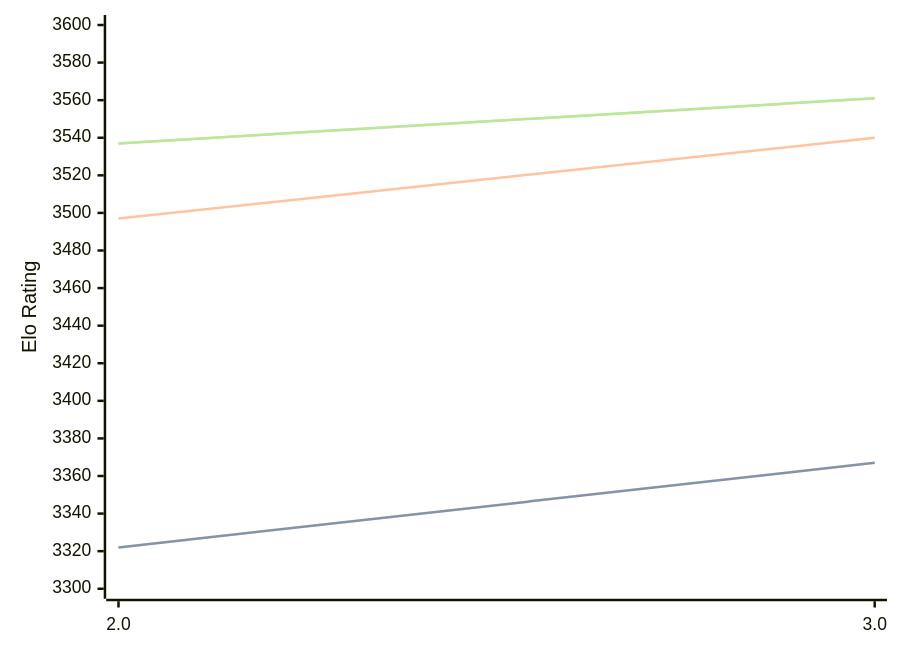
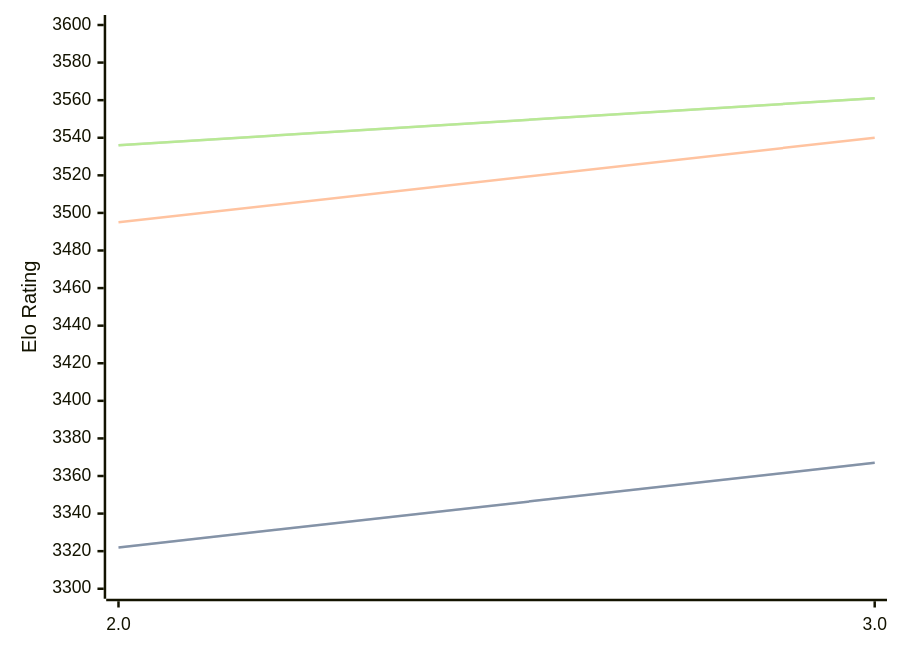
Before and after one commit to computer-chess-index/cci: the diagram in engines/Quanticade.md, drawn with Mermaid. The commit also changed other lines of this file, not shown here.

Commit message:
Update CCI Ratings (ELO VLTC) - 2026-03-30

````diff
--- a/engines/Quanticade.md
+++ b/engines/Quanticade.md
@@ -41,11 +41,11 @@
 ```mermaid
 %%{init: {"theme":"base","themeVariables":{"seriesColors:['#a3a3a3','#222221','#faa371']}}}%%
 xychart-beta
   x-axis ["2.0", "3.0"]
   y-axis "Elo Rating" 3300 --> 3600
   line "STC (8.0+0.08s)" [3322, 3367]
   line "STC (8.0+0.08s)" [3322, 3367]
-  line "LTC (60.0+0.60s)" [3497, 3540]
-  line "VLTC (2m24s+1.12s)" [3537, 3561]
-  line "VLTC (2m24s+1.12s)" [3537, 3561]
+  line "LTC (60.0+0.60s)" [3495, 3540]
+  line "VLTC (2m24s+1.12s)" [3536, 3561]
+  line "VLTC (2m24s+1.12s)" [3536, 3561]
 ```
````
